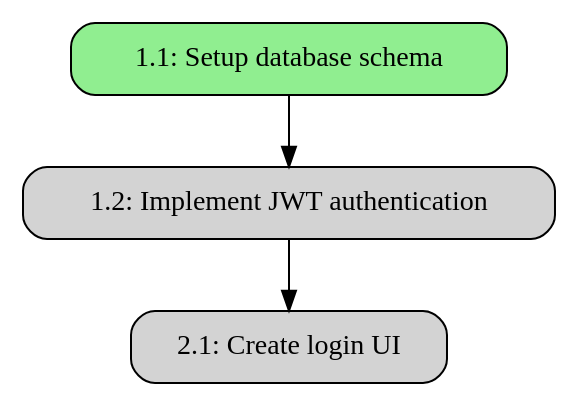
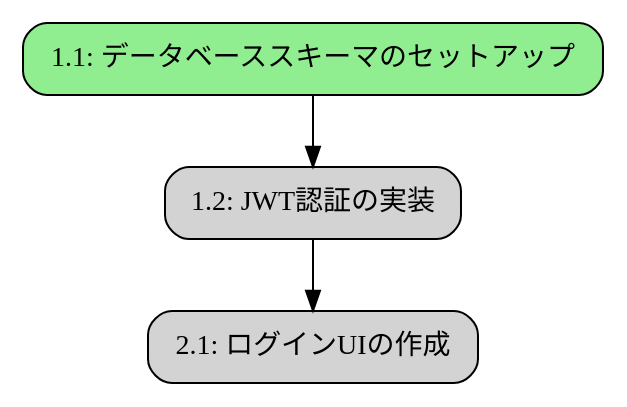
Before and after one commit to takashi-uchida/kiroween-skeleton-crew: the first of 2 diagrams in necrocode/task_registry/GRAPH_VISUALIZATION.md, drawn with Graphviz. The commit also changed other lines of this file and 34 other files, not shown here.

````diff
--- a/necrocode/task_registry/GRAPH_VISUALIZATION.md
+++ b/necrocode/task_registry/GRAPH_VISUALIZATION.md
@@ -181,13 +181,13 @@
 ```dot
 digraph TaskDependencies {
     rankdir=TB;
     node [shape=box, style=rounded];
 
-    "1.1" [label="1.1: Setup database schema", fillcolor="lightgreen", style="filled,rounded"];
-    "1.2" [label="1.2: Implement JWT authentication", fillcolor="lightgray", style="filled,rounded"];
-    "2.1" [label="2.1: Create login UI", fillcolor="lightgray", style="filled,rounded"];
+    "1.1" [label="1.1: データベーススキーマのセットアップ", fillcolor="lightgreen", style="filled,rounded"];
+    "1.2" [label="1.2: JWT認証の実装", fillcolor="lightgray", style="filled,rounded"];
+    "2.1" [label="2.1: ログインUIの作成", fillcolor="lightgray", style="filled,rounded"];
 
     "1.1" -> "1.2";
     "1.2" -> "2.1";
 }
 ```
````
